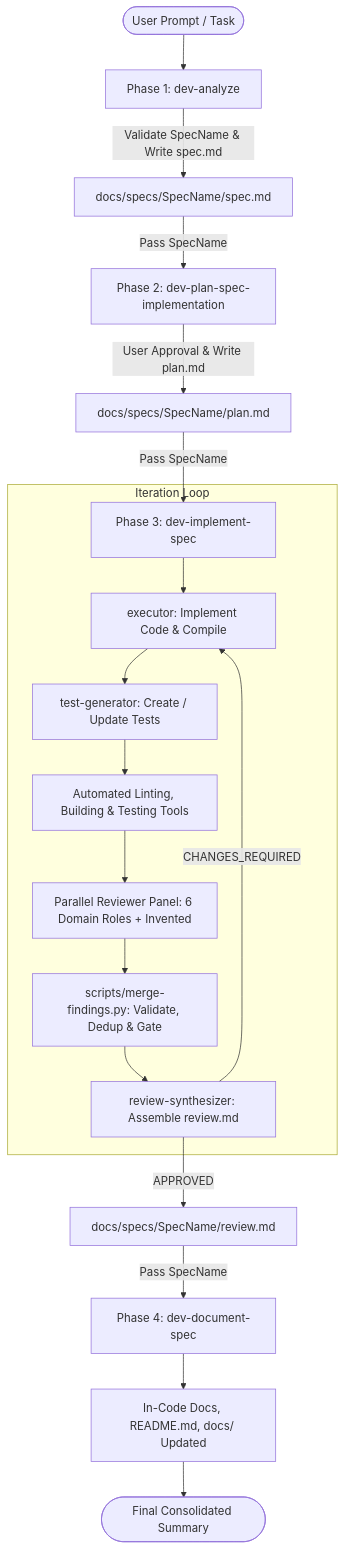
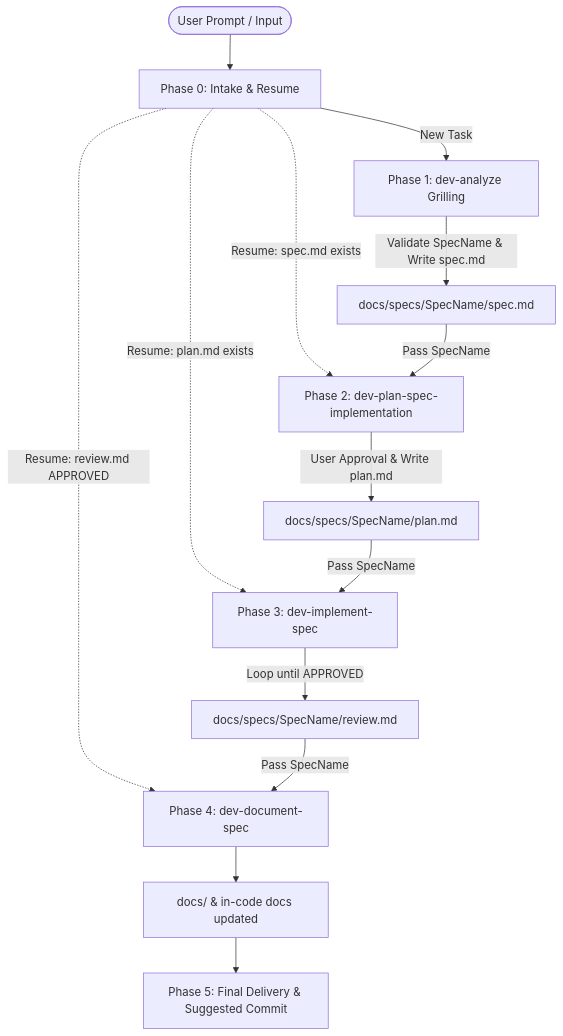
Before and after one commit to normegil/orchestrate-spec: the diagram in skills/dev-orchestrate-spec/SKILL.md, drawn with Mermaid. The commit also changed other lines of this file and 6 other files, not shown here.

````diff
--- a/skills/dev-orchestrate-spec/SKILL.md
+++ b/skills/dev-orchestrate-spec/SKILL.md
@@ -23,23 +15,17 @@
 ```mermaid
 graph TD
-    User([User Prompt / Task]) --> Phase1[Phase 1: dev-analyze]
+    User([User Prompt / Input]) --> Phase0[Phase 0: Intake & Resume]
+    Phase0 -->|New Task| Phase1[Phase 1: dev-analyze Grilling]
+    Phase0 -.->|Resume: spec.md exists| Phase2[Phase 2: dev-plan-spec-implementation]
+    Phase0 -.->|Resume: plan.md exists| Phase3[Phase 3: dev-implement-spec]
+    Phase0 -.->|Resume: review.md APPROVED| Phase4[Phase 4: dev-document-spec]
+    
     Phase1 -->|Validate SpecName & Write spec.md| SpecFile[docs/specs/SpecName/spec.md]
-    SpecFile -->|Pass SpecName| Phase2[Phase 2: dev-plan-spec-implementation]
+    SpecFile -->|Pass SpecName| Phase2
     Phase2 -->|User Approval & Write plan.md| PlanFile[docs/specs/SpecName/plan.md]
-    PlanFile -->|Pass SpecName| Phase3[Phase 3: dev-implement-spec]
-    
-    subgraph Iteration Loop
-        Phase3 --> Exec[executor: Implement Code & Compile]
-        Exec --> TestGen[test-generator: Create / Update Tests]
-        TestGen --> Checks[Automated Linting, Building & Testing Tools]
-        Checks --> Panel[Parallel Reviewer Panel: 6 Domain Roles + Invented]
-        Panel --> Merge[scripts/merge-findings.py: Validate, Dedup & Gate]
-        Merge --> Synth[review-synthesizer: Assemble review.md]
-        Synth -->|CHANGES_REQUIRED| Exec
-    end
-    
-    Synth -->|APPROVED| ReviewFile[docs/specs/SpecName/review.md]
-    ReviewFile -->|Pass SpecName| Phase4[Phase 4: dev-document-spec]
-    Phase4 --> DocsDone[In-Code Docs, README.md, docs/ Updated]
-    DocsDone --> Summary([Final Consolidated Summary])
+    PlanFile -->|Pass SpecName| Phase3
+    Phase3 -->|Loop until APPROVED| ReviewFile[docs/specs/SpecName/review.md]
+    ReviewFile -->|Pass SpecName| Phase4
+    Phase4 --> DocsDone[docs/ & in-code docs updated]
+    DocsDone --> Phase5[Phase 5: Final Delivery & Suggested Commit]
 ```
````
